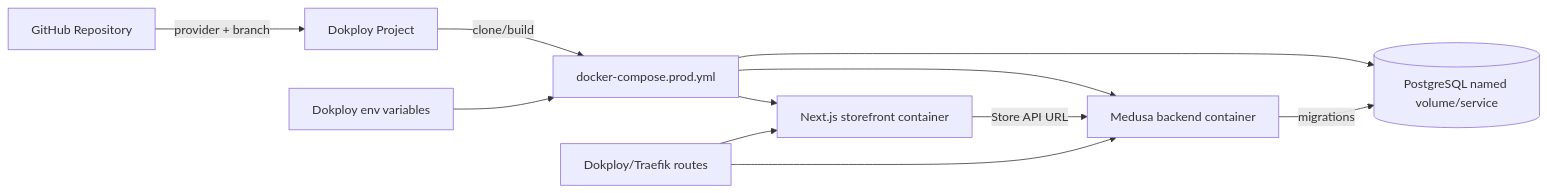
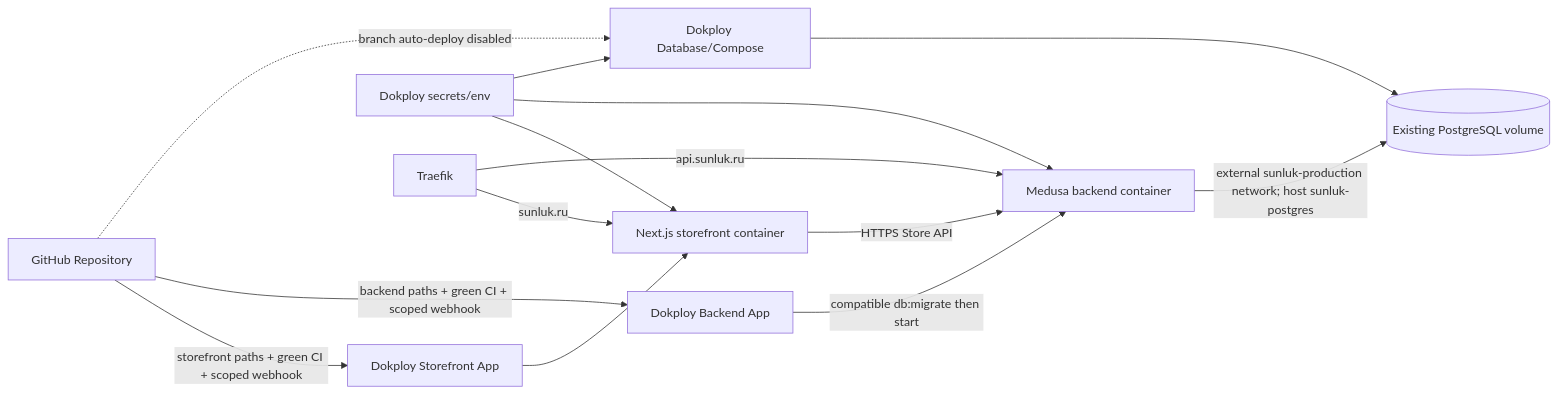
The third of 3 diagrams in flows/integrations/ci-cd.md (AtoshaKartosha/sunluk), drawn with Mermaid before and after one commit. The commit also changed other lines of this file and 2 other files, not shown here.

Commit message:
docs(flows): define site content and independent deploy flows

````diff
--- a/flows/integrations/ci-cd.md
+++ b/flows/integrations/ci-cd.md
@@ -139,13 +120,16 @@
 ```mermaid
 flowchart LR
-  GH[GitHub Repository] -->|provider + branch| Dokploy[Dokploy Project]
-  Dokploy -->|clone/build| Compose[docker-compose.prod.yml]
-  DokployEnv[Dokploy env variables] --> Compose
-  Compose --> Storefront[Next.js storefront container]
-  Compose --> Backend[Medusa backend container]
-  Compose --> Postgres[(PostgreSQL named volume/service)]
-  Backend -->|migrations| Postgres
-  Storefront -->|Store API URL| Backend
-  Traefik[Dokploy/Traefik routes] --> Storefront
-  Traefik --> Backend
+  GH[GitHub Repository] -->|storefront paths + green CI + scoped webhook| SFDeploy[Dokploy Storefront App]
+  GH -->|backend paths + green CI + scoped webhook| BEDeploy[Dokploy Backend App]
+  GH -. branch auto-deploy disabled .-> DBDeploy[Dokploy Database/Compose]
+  SFDeploy --> SF[Next.js storefront container]
+  BEDeploy -->|compatible db:migrate then start| BE[Medusa backend container]
+  DBDeploy --> DB[(Existing PostgreSQL volume)]
+  SF -->|HTTPS Store API| BE
+  BE -->|external sunluk-production network; host sunluk-postgres| DB
+  Env[Dokploy secrets/env] --> SF
+  Env --> BE
+  Env --> DBDeploy
+  Traefik -->|sunluk.ru| SF
+  Traefik -->|api.sunluk.ru| BE
 ```
````
